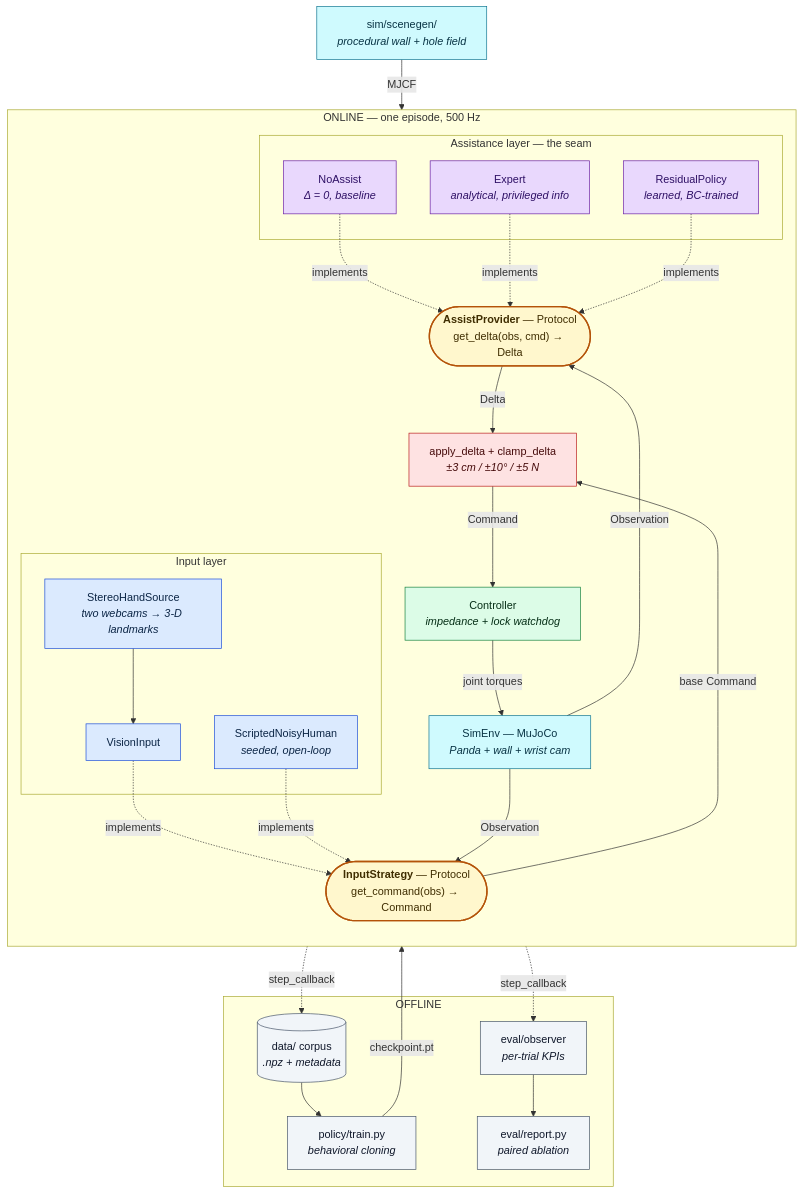
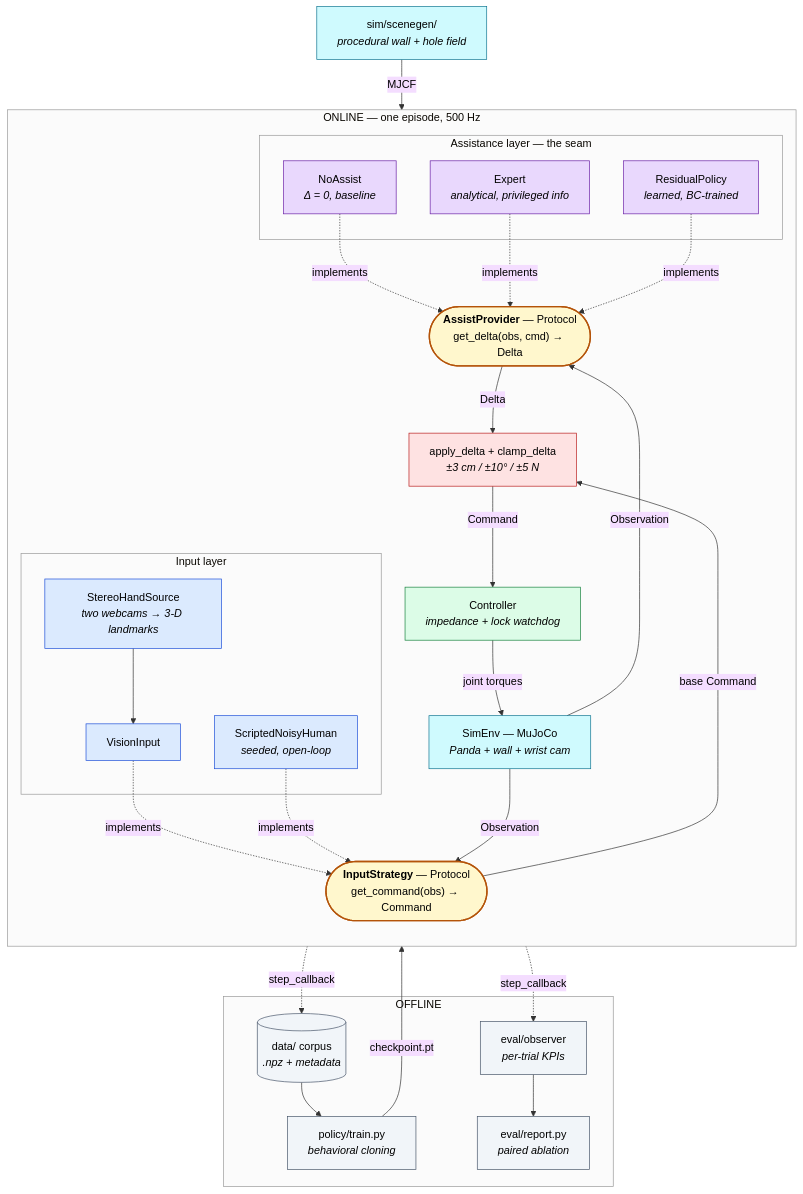
One commit to NavehBrenner/ai-teleop changed the first of 2 diagrams in docs/design-document.md. Above: the diagram before and after it, drawn with Mermaid. The commit also changed other lines of this file, not shown here.

Commit message:
docs: white background, black text on both diagrams — and unclip the labels (#103)
The diagrams inherited the reader's theme, so mermaid's default dark-ish label
colours sat on whatever GitHub was painting behind them. Both now pin theme 'base'
with an explicit white background and black text for nodes, edges, actors, signals
and notes, so contrast no longer depends on the viewer's theme.

Rendering them to check (headless Chrome, since this box has no native browser)
turned up a worse problem than contrast: **the labels were being clipped.** A first
attempt set fontFamily/fontSize in themeVariables, which makes mermaid measure node
boxes in one font and paint them in another — "Assistance layer — the seam" rendered
as "Assistance layer — the", "get_delta(obs, cmd) → Delta" as "→ De", "Input layer"
as "Input lay". Colours only now; mermaid owns its own metrics. Verified by rendering
both to PNG and reading them, not by eye over the source.

Both still parse under mermaid.parse().
Gate: ruff clean, mypy 88 files, 239 tests.

````diff
--- a/docs/design-document.md
+++ b/docs/design-document.md
@@ -101,62 +101,66 @@
 ```mermaid
+%%{init: {'theme':'base','themeVariables':{
+  'background':'#ffffff','primaryTextColor':'#000000','textColor':'#000000',
+  'lineColor':'#333333','primaryBorderColor':'#333333',
+  'clusterBkg':'#fbfbfb','clusterBorder':'#999999'}}}%%
 flowchart TB
     subgraph online["ONLINE — one episode, 500 Hz"]
         direction TB
         subgraph inputlayer["Input layer"]
             SH["StereoHandSource<br/><i>two webcams → 3-D landmarks</i>"]
             VI["VisionInput"]
             SNH["ScriptedNoisyHuman<br/><i>seeded, open-loop</i>"]
             SH --> VI
         end
         IS(["<b>InputStrategy</b> — Protocol<br/>get_command(obs) → Command"])
         VI -.implements.-> IS
         SNH -.implements.-> IS
 
         subgraph assistlayer["Assistance layer — the seam"]
             NA["NoAssist<br/><i>Δ = 0, baseline</i>"]
             EX["Expert<br/><i>analytical, privileged info</i>"]
             RP["ResidualPolicy<br/><i>learned, BC-trained</i>"]
         end
         AP(["<b>AssistProvider</b> — Protocol<br/>get_delta(obs, cmd) → Delta"])
         NA -.implements.-> AP
         EX -.implements.-> AP
         RP -.implements.-> AP
 
         COMB["apply_delta + clamp_delta<br/><i>±3 cm / ±10° / ±5 N</i>"]
         CTRL["Controller<br/><i>impedance + lock watchdog</i>"]
         ENV["SimEnv — MuJoCo<br/><i>Panda + wall + wrist cam</i>"]
 
         IS -->|base Command| COMB
         AP -->|Delta| COMB
         COMB -->|Command| CTRL
         CTRL -->|joint torques| ENV
         ENV -->|Observation| IS
         ENV -->|Observation| AP
     end
 
     SG["sim/scenegen/<br/><i>procedural wall + hole field</i>"] -->|MJCF| ENV
     online -.->|step_callback| REC[("data/ corpus<br/><i>.npz + metadata</i>")]
     online -.->|step_callback| OBS["eval/observer<br/><i>per-trial KPIs</i>"]
 
     subgraph offline["OFFLINE"]
         REC --> TRAIN["policy/train.py<br/><i>behavioral cloning</i>"]
         TRAIN -->|checkpoint.pt| RP
         OBS --> REPORT["eval/report.py<br/><i>paired ablation</i>"]
     end
 
-    classDef inputC   fill:#dbeafe,stroke:#1d4ed8,color:#0b2545
-    classDef contract fill:#fff7cd,stroke:#b45309,color:#3f2d00,stroke-width:2px
-    classDef assistC  fill:#e9d8fd,stroke:#6b21a8,color:#2e1065
-    classDef safetyC  fill:#fee2e2,stroke:#b91c1c,color:#450a0a
-    classDef controlC fill:#dcfce7,stroke:#15803d,color:#052e16
-    classDef worldC   fill:#cffafe,stroke:#0e7490,color:#083344
-    classDef dataC    fill:#f1f5f9,stroke:#475569,color:#0f172a
+    classDef inputC   fill:#dbeafe,stroke:#1d4ed8,color:#000000
+    classDef contract fill:#fff7cd,stroke:#b45309,color:#000000,stroke-width:2px
+    classDef assistC  fill:#e9d8fd,stroke:#6b21a8,color:#000000
+    classDef safetyC  fill:#fee2e2,stroke:#b91c1c,color:#000000
+    classDef controlC fill:#dcfce7,stroke:#15803d,color:#000000
+    classDef worldC   fill:#cffafe,stroke:#0e7490,color:#000000
+    classDef dataC    fill:#f1f5f9,stroke:#475569,color:#000000
 
     class SH,VI,SNH inputC
     class IS,AP contract
     class NA,EX,RP assistC
     class COMB safetyC
     class CTRL controlC
     class ENV,SG worldC
     class REC,TRAIN,OBS,REPORT dataC
 ```
````
